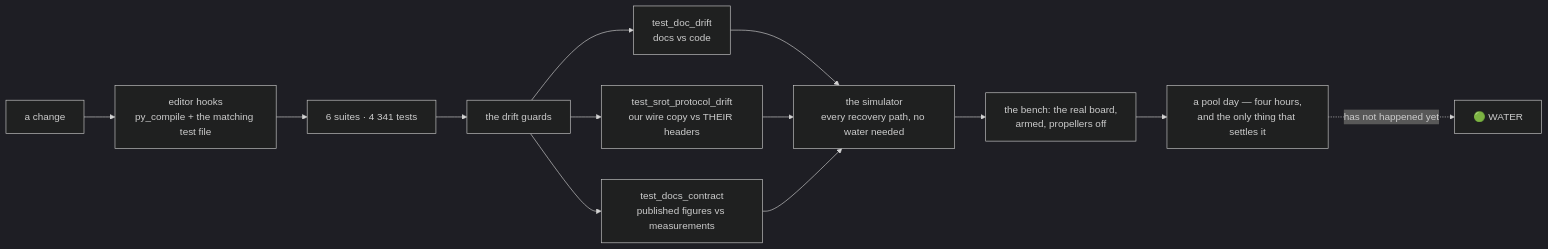
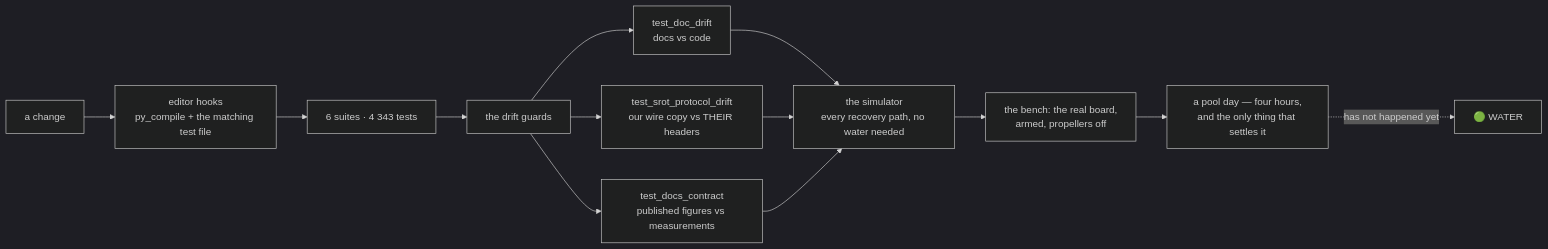
One commit to fh1m/mongla_ws changed the ninth of 10 diagrams in README.md. Above: the diagram before and after it, drawn with Mermaid (dark theme). The commit also changed other lines of this file and 17 other files, not shown here.

````diff
--- a/README.md
+++ b/README.md
@@ -752,15 +752,15 @@
 ```mermaid
 flowchart LR
     DEV["a change"] --> HOOK["editor hooks<br/>py_compile + the matching test file"]
-    HOOK --> UNIT["6 suites · 4 341 tests"]
+    HOOK --> UNIT["6 suites · 4 343 tests"]
     UNIT --> GUARD["the drift guards"]
     GUARD --> G1["test_doc_drift<br/>docs vs code"]
     GUARD --> G2["test_srot_protocol_drift<br/>our wire copy vs THEIR headers"]
     GUARD --> G3["test_docs_contract<br/>published figures vs measurements"]
     G1 --> SIM["the simulator<br/>every recovery path, no water needed"]
     G2 --> SIM
     G3 --> SIM
     SIM --> BENCH["the bench: the real board,<br/>armed, propellers off"]
     BENCH --> POOL["a pool day — four hours,<br/>and the only thing that settles it"]
     POOL -.->|"has not happened yet"| WATER["🟢 WATER"]
 ```
````
